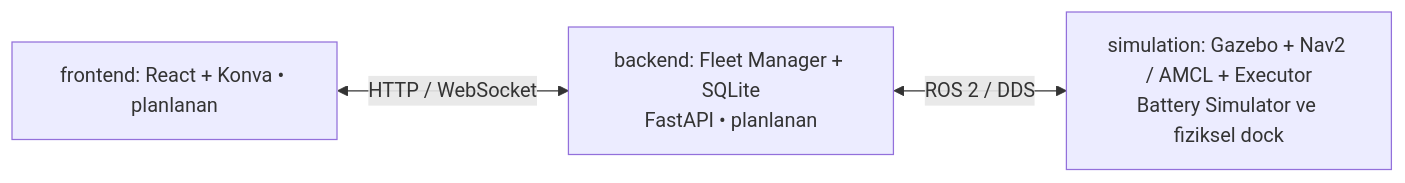
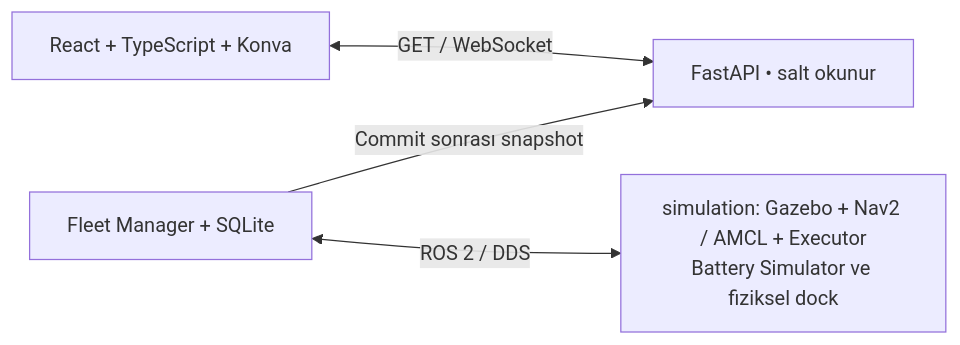
The diagram in README.md (m-gnr/ros2-fleet-manager), drawn with Mermaid before and after one commit. The commit also changed other lines of this file and 49 other files, not shown here.

````diff
--- a/README.md
+++ b/README.md
@@ -16,5 +16,6 @@
 ```mermaid
 flowchart LR
-    UI["frontend: React + Konva • planlanan"] <-->|"HTTP / WebSocket"| API["backend: Fleet Manager + SQLite<br/>FastAPI • planlanan"]
-    API <-->|"ROS 2 / DDS"| SIM["simulation: Gazebo + Nav2 / AMCL + Executor<br/>Battery Simulator ve fiziksel dock"]
+    UI["React + TypeScript + Konva"] <-->|"GET / WebSocket"| API["FastAPI • salt okunur"]
+    FM["Fleet Manager + SQLite"] -->|"Commit sonrası snapshot"| API
+    FM <-->|"ROS 2 / DDS"| SIM["simulation: Gazebo + Nav2 / AMCL + Executor<br/>Battery Simulator ve fiziksel dock"]
 ```
````
